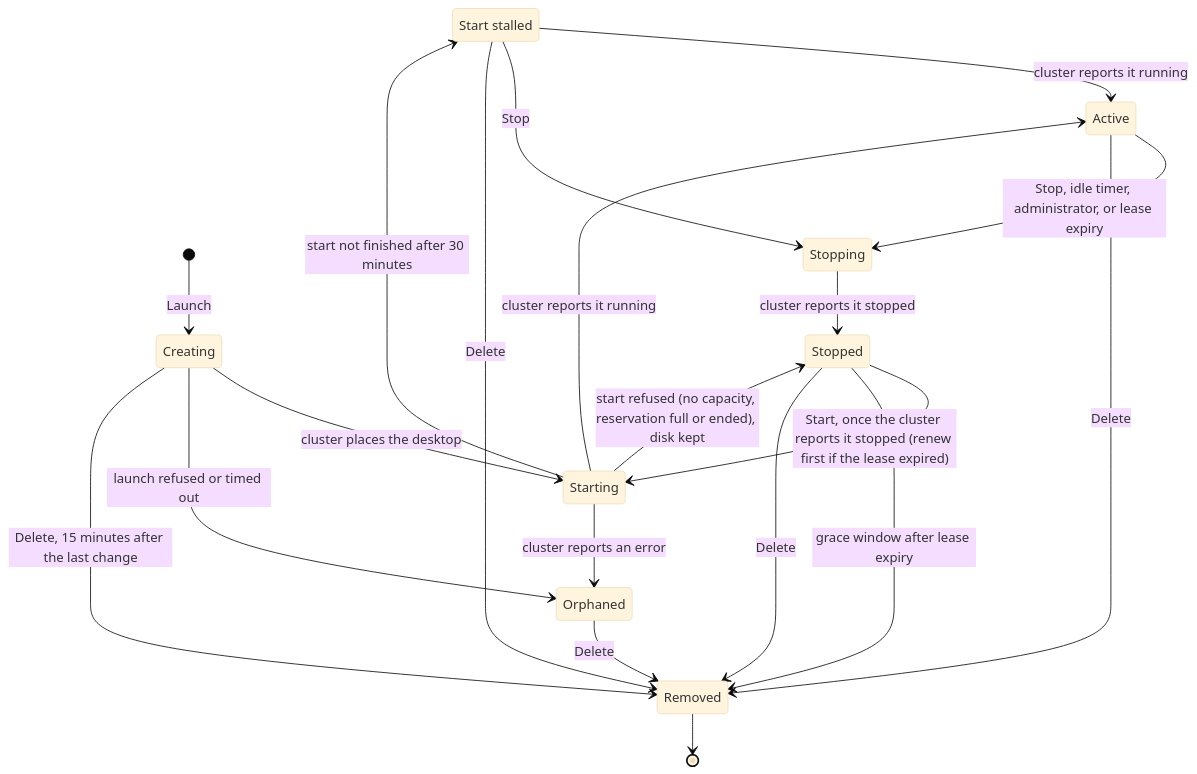
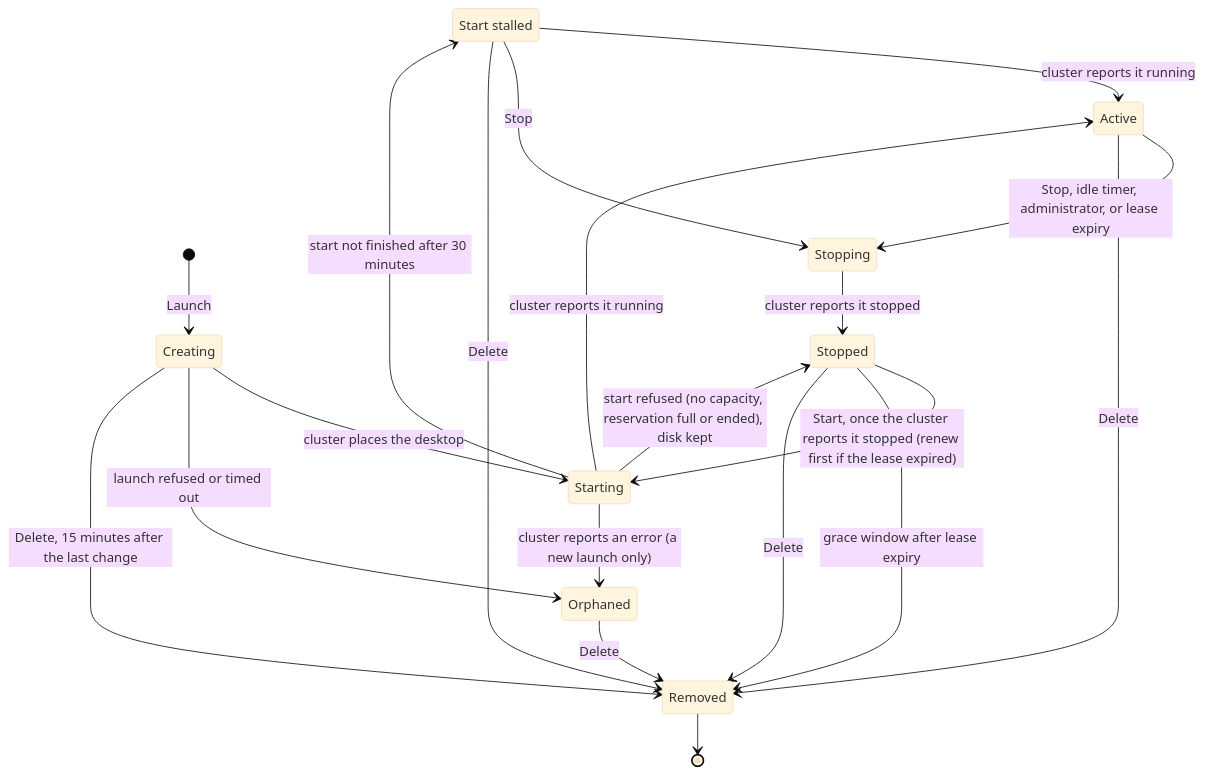
One commit to awslabs/visual-asset-management-system changed the diagram in documentation/docusaurus-site/docs/developer/edh-workstations/user-guide.md. Above: the diagram before and after it, drawn with Mermaid (base theme). The commit also changed other lines of this file and 10 other files, not shown here.

````diff
--- a/documentation/docusaurus-site/docs/developer/edh-workstations/user-guide.md
+++ b/documentation/docusaurus-site/docs/developer/edh-workstations/user-guide.md
@@ -92,23 +92,23 @@
 ```mermaid
 stateDiagram-v2
     state "Start stalled" as StartStalled
     [*] --> Creating: Launch
     Creating --> Starting: cluster places the desktop
     Starting --> Active: cluster reports it running
     Creating --> Orphaned: launch refused or timed out
-    Starting --> Orphaned: cluster reports an error
+    Starting --> Orphaned: cluster reports an error (a new launch only)
     Active --> Stopping: Stop, idle timer, administrator, or lease expiry
     Stopping --> Stopped: cluster reports it stopped
     Stopped --> Starting: Start, once the cluster reports it stopped (renew first if the lease expired)
     Starting --> Stopped: start refused (no capacity, reservation full or ended), disk kept
     Starting --> StartStalled: start not finished after 30 minutes
     StartStalled --> Active: cluster reports it running
     StartStalled --> Stopping: Stop
     StartStalled --> Removed: Delete
     Stopped --> Removed: grace window after lease expiry
     Active --> Removed: Delete
     Stopped --> Removed: Delete
     Orphaned --> Removed: Delete
     Creating --> Removed: Delete, 15 minutes after the last change
     Removed --> [*]
 ```
````
